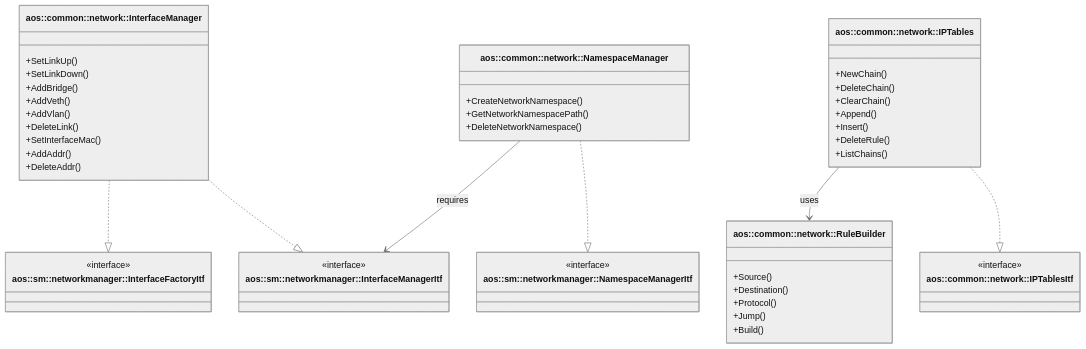
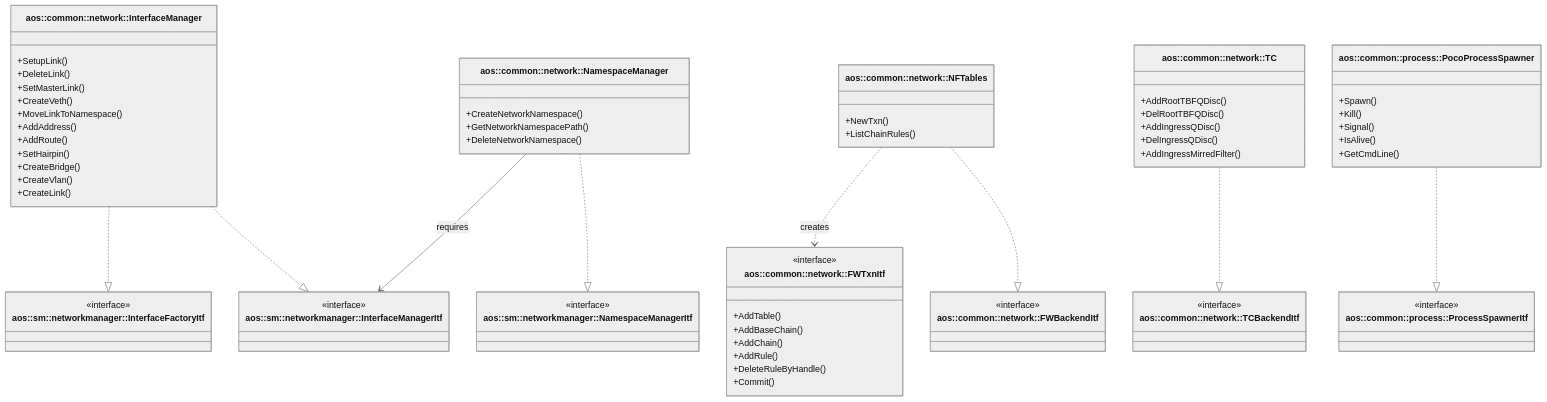
The first of 2 diagrams in src/common/network/network.md (aosedge/aos_core_cpp), drawn with Mermaid (neutral theme) before and after one commit. The commit also changed other lines of this file and 1 other file, not shown here.

First line of the commit message:
doc: describe native nftables/tc/dnsmasq network architecture

````diff
--- a/src/common/network/network.md
+++ b/src/common/network/network.md
@@ -23,15 +30,17 @@
 ```mermaid
 classDiagram
     class InterfaceManager["aos::common::network::InterfaceManager"] {
-        +SetLinkUp()
-        +SetLinkDown()
-        +AddBridge()
-        +AddVeth()
-        +AddVlan()
+        +SetupLink()
         +DeleteLink()
-        +SetInterfaceMac()
-        +AddAddr()
-        +DeleteAddr()
+        +SetMasterLink()
+        +CreateVeth()
+        +MoveLinkToNamespace()
+        +AddAddress()
+        +AddRoute()
+        +SetHairpin()
+        +CreateBridge()
+        +CreateVlan()
+        +CreateLink()
     }
 
     class InterfaceManagerItf["aos::sm::networkmanager::InterfaceManagerItf"] {
@@ -52,32 +61,55 @@
         <<interface>>
     }
 
-    class IPTables["aos::common::network::IPTables"] {
-        +NewChain()
-        +DeleteChain()
-        +ClearChain()
-        +Append()
-        +Insert()
-        +DeleteRule()
-        +ListChains()
+    class NFTables["aos::common::network::NFTables"] {
+        +NewTxn()
+        +ListChainRules()
     }
 
-    class IPTablesItf["aos::common::network::IPTablesItf"] {
+    class FWBackendItf["aos::common::network::FWBackendItf"] {
         <<interface>>
     }
 
-    class RuleBuilder["aos::common::network::RuleBuilder"] {
-        +Source()
-        +Destination()
-        +Protocol()
-        +Jump()
-        +Build()
+    class FWTxnItf["aos::common::network::FWTxnItf"] {
+        <<interface>>
+        +AddTable()
+        +AddBaseChain()
+        +AddChain()
+        +AddRule()
+        +DeleteRuleByHandle()
+        +Commit()
+    }
+
+    class TC["aos::common::network::TC"] {
+        +AddRootTBFQDisc()
+        +DelRootTBFQDisc()
+        +AddIngressQDisc()
+        +DelIngressQDisc()
+        +AddIngressMirredFilter()
+    }
+
+    class TCBackendItf["aos::common::network::TCBackendItf"] {
+        <<interface>>
+    }
+
+    class PocoProcessSpawner["aos::common::process::PocoProcessSpawner"] {
+        +Spawn()
+        +Kill()
+        +Signal()
+        +IsAlive()
+        +GetCmdLine()
+    }
+
+    class ProcessSpawnerItf["aos::common::process::ProcessSpawnerItf"] {
+        <<interface>>
     }
 
     InterfaceManager ..|> InterfaceManagerItf
     InterfaceManager ..|> InterfaceFactoryItf
     NamespaceManager ..|> NamespaceManagerItf
     NamespaceManager --> InterfaceManagerItf : requires
-    IPTables ..|> IPTablesItf
-    IPTables --> RuleBuilder : uses
+    NFTables ..|> FWBackendItf
+    NFTables ..> FWTxnItf : creates
+    TC ..|> TCBackendItf
+    PocoProcessSpawner ..|> ProcessSpawnerItf
 ```
````
